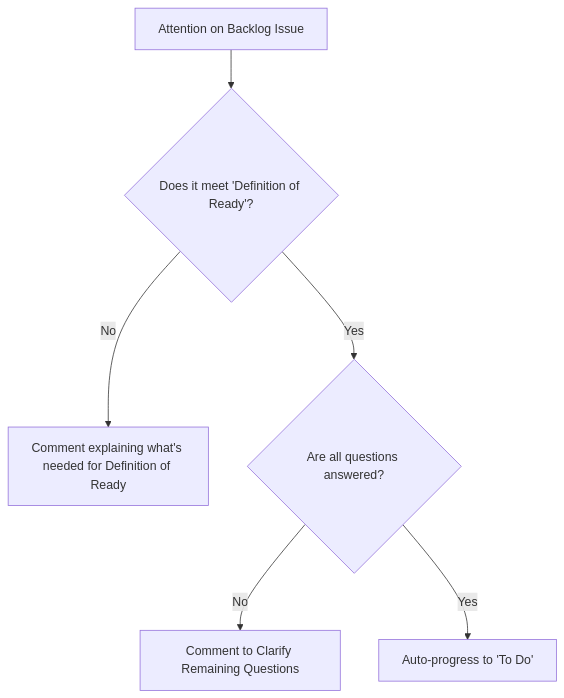
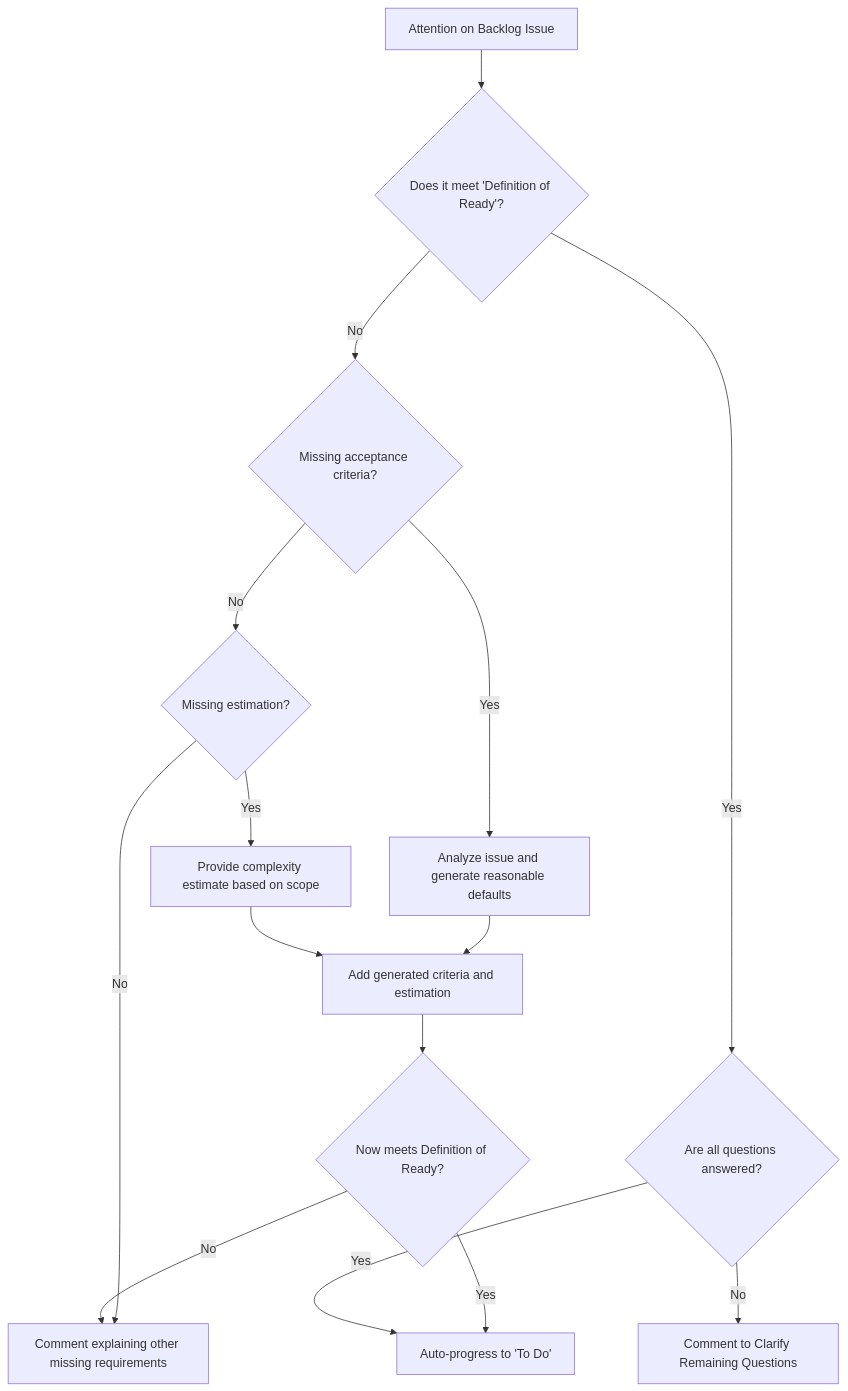
The third of 8 diagrams in WORKFLOW.md (willgriffin/company-as-code), drawn with Mermaid before and after one commit. The commit also changed 1 other file, not shown here.

Commit message:
enhance: auto-generate acceptance criteria and estimates in backlog
When issues in backlog are missing acceptance criteria or estimates, the issue command now analyzes the content and generates reasonable defaults instead of just requesting them

This improves workflow efficiency by reducing back-and-forth communication

````diff
--- a/WORKFLOW.md
+++ b/WORKFLOW.md
@@ -228,8 +228,17 @@
 ```mermaid
 graph TD
     A[Attention on Backlog Issue] --> B{Does it meet 'Definition of Ready'?};
-    B -- No --> C[Comment explaining what's needed for Definition of Ready];
-    B -- Yes --> D{Are all questions answered?};
-    D -- No --> E[Comment to Clarify Remaining Questions];
-    D -- Yes --> F[Auto-progress to 'To Do'];
+    B -- No --> C{Missing acceptance criteria?};
+    C -- Yes --> D[Analyze issue and generate reasonable defaults];
+    C -- No --> E{Missing estimation?};
+    E -- Yes --> F[Provide complexity estimate based on scope];
+    E -- No --> G[Comment explaining other missing requirements];
+    D --> H[Add generated criteria and estimation];
+    F --> H;
+    H --> I{Now meets Definition of Ready?};
+    I -- Yes --> J[Auto-progress to 'To Do'];
+    I -- No --> G;
+    B -- Yes --> K{Are all questions answered?};
+    K -- No --> L[Comment to Clarify Remaining Questions];
+    K -- Yes --> J;
 ```
````
